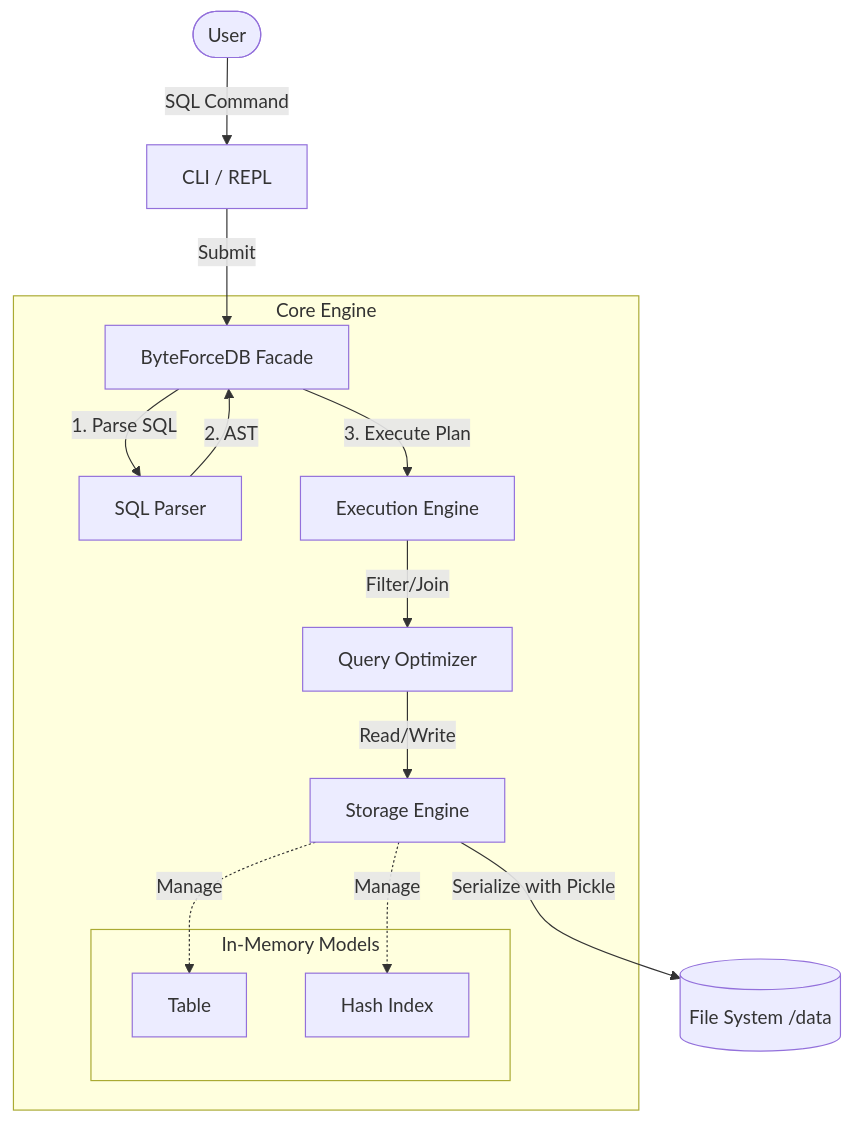
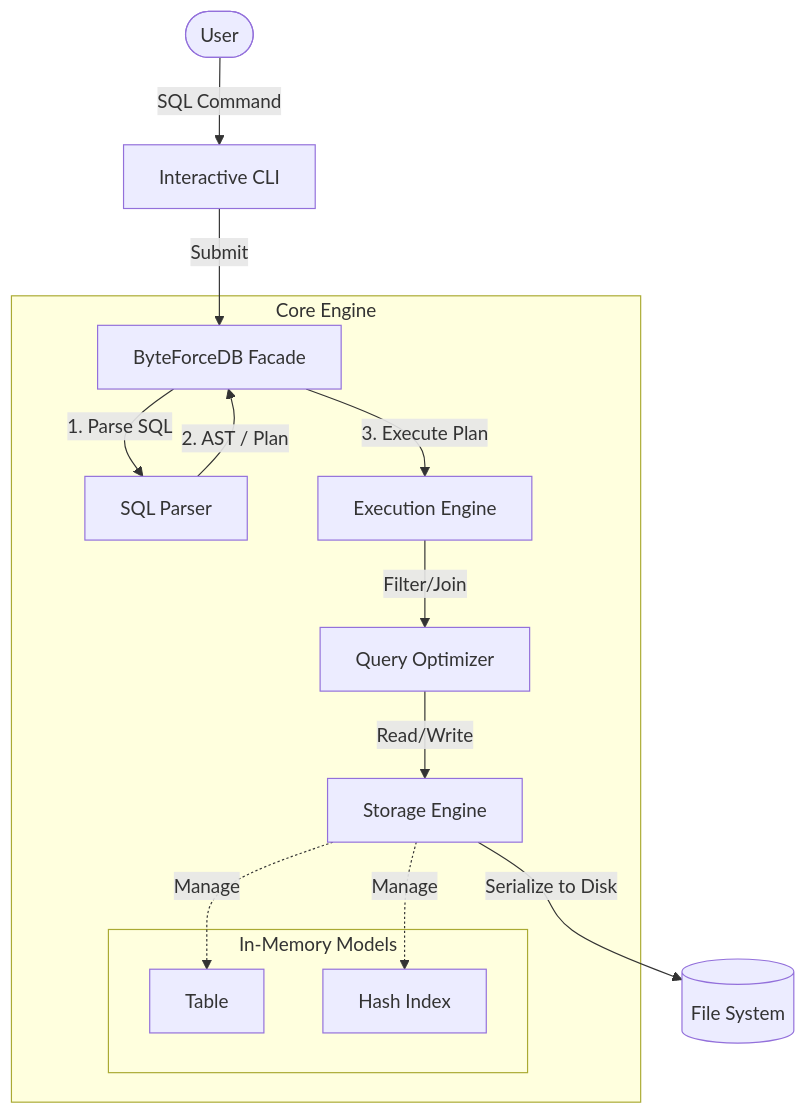
Before and after one commit to Newton-Maina/ByteForceDB: the diagram in README.md, drawn with Mermaid. The commit also changed other lines of this file and 40 other files, not shown here.

````diff
--- a/README.md
+++ b/README.md
@@ -14,24 +28,24 @@
 ```mermaid
 graph TD
-    User([User]) -->|SQL Command| REPL[CLI / REPL]
+    User([User]) -->|SQL Command| REPL[Interactive CLI]
     REPL -->|Submit| Facade[ByteForceDB Facade]
     
     subgraph Core Engine
         Facade -->|1. Parse SQL| Parser[SQL Parser]
-        Parser -->|2. AST| Facade
+        Parser -->|2. AST / Plan| Facade
         Facade -->|3. Execute Plan| Executor[Execution Engine]
         
         Executor -->|Filter/Join| Optimizer[Query Optimizer]
         Optimizer -->|Read/Write| Storage[Storage Engine]
         
         subgraph In-Memory Models
             Table[Table]
             Index[Hash Index]
         end
         
         Storage -.->|Manage| Table
         Storage -.->|Manage| Index
     end
     
-    Storage -->|Serialize with Pickle| Disk[("File System /data")]
+    Storage -->|Serialize to Disk| Disk[("File System")]
 ```
````
